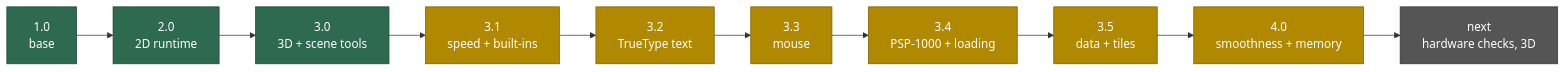
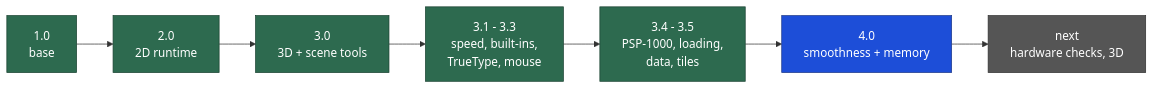
One commit to surelynotvain/vcpe changed the diagram in README.md. Above: the diagram before and after it, drawn with Mermaid. The commit also changed other lines of this file and 71 other files, not shown here.

````diff
--- a/README.md
+++ b/README.md
@@ -10,13 +10,12 @@
 ```mermaid
 flowchart LR
     V1["1.0<br/>base"] --> V2["2.0<br/>2D runtime"] --> V3["3.0<br/>3D + scene tools"]
-    V3 --> V31["3.1<br/>speed + built-ins"] --> V32["3.2<br/>TrueType text"] --> V33["3.3<br/>mouse"]
-    V33 --> V34["3.4<br/>PSP-1000 + loading"] --> V35["3.5<br/>data + tiles"] --> V40["4.0<br/>smoothness + memory"]
-    V40 --> NEXT["next<br/>hardware checks, 3D"]
+    V3 --> V33["3.1 - 3.3<br/>speed, built-ins,<br/>TrueType, mouse"] --> V35["3.4 - 3.5<br/>PSP-1000, loading,<br/>data, tiles"]
+    V35 --> V40["4.0<br/>smoothness + memory"] --> NEXT["next<br/>hardware checks, 3D"]
     classDef pub fill:#2d6a4f,color:#fff,stroke:#1b4332
-    classDef local fill:#b08900,color:#fff,stroke:#7a5f00
+    classDef cur fill:#1d4ed8,color:#fff,stroke:#1e3a8a
     classDef plan fill:#555,color:#fff,stroke:#333
-    class V1,V2,V3 pub
-    class V31,V32,V33,V34,V35,V40 local
+    class V1,V2,V3,V33,V35 pub
+    class V40 cur
     class NEXT plan
 ```
````
